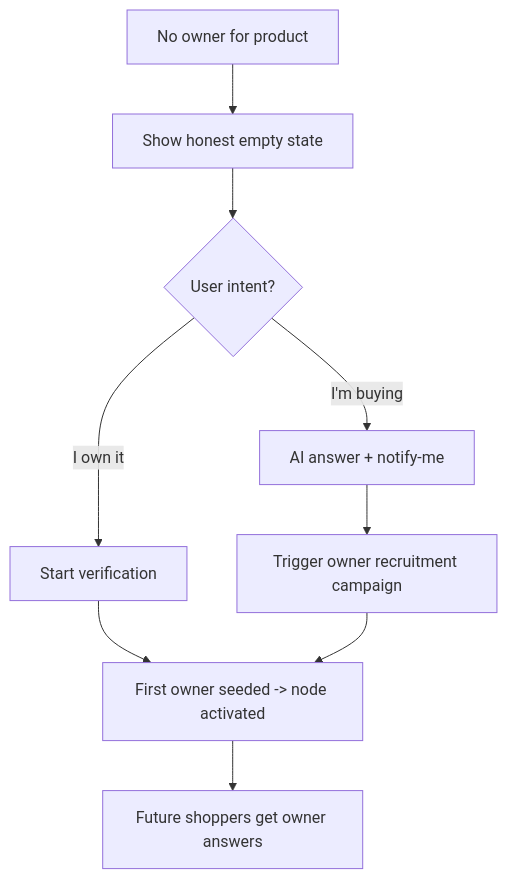
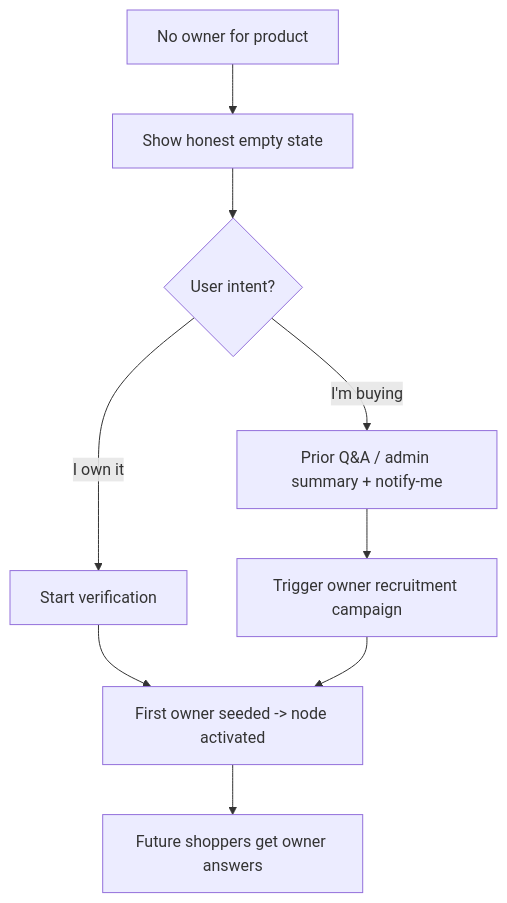
One commit to agorevski/Owners.app changed the seventh of 8 diagrams in docs/03-ux-extension-and-community.md. Above: the diagram before and after it, drawn with Mermaid. The commit also changed other lines of this file and 9 other files, not shown here.

````diff
--- a/docs/03-ux-extension-and-community.md
+++ b/docs/03-ux-extension-and-community.md
@@ -619,11 +624,11 @@
 ```mermaid
 flowchart TD
     NM[No owner for product] --> A[Show honest empty state]
     A --> B{User intent?}
     B -- "I own it" --> V[Start verification]
-    B -- "I'm buying" --> Q[AI answer + notify-me]
+    B -- "I'm buying" --> Q[Prior Q&A / admin summary + notify-me]
     Q --> R[Trigger owner recruitment campaign]
     V --> S[First owner seeded -> node activated]
     R --> S
     S --> T[Future shoppers get owner answers]
 ```
````
